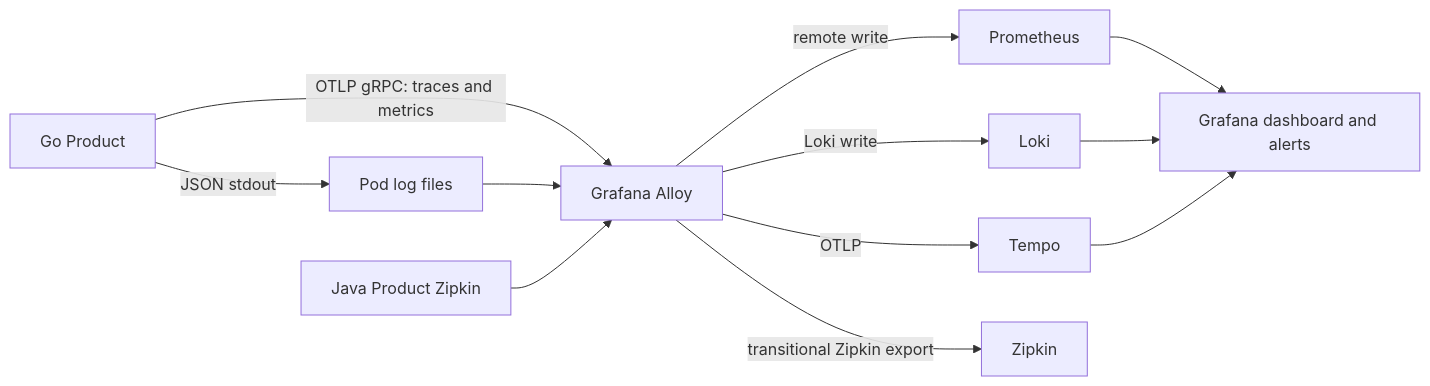
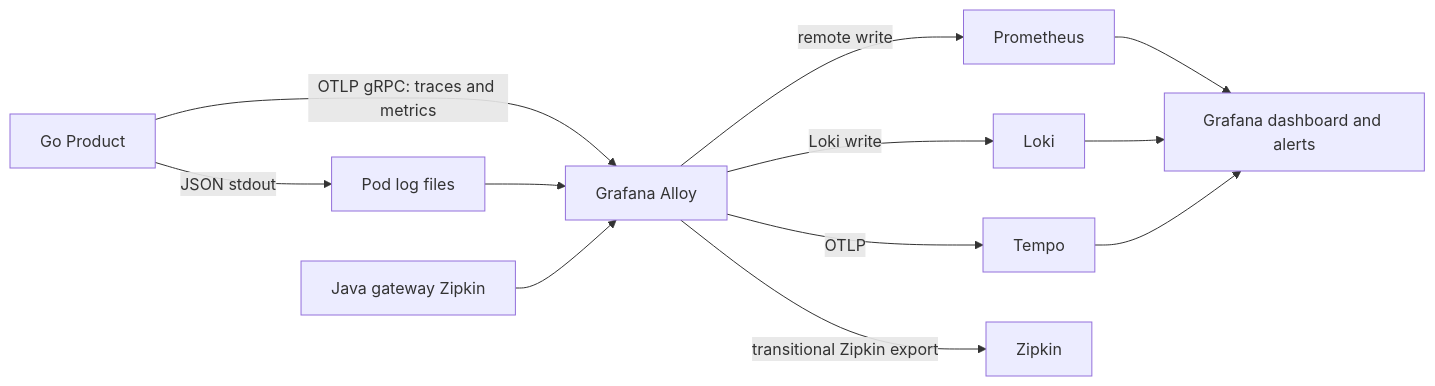
Before and after one commit to igor-baiborodine/insurance-hub: the diagram in docs/migration/phase-4/product-service/observability-runbook.md, drawn with Mermaid. The commit also changed other lines of this file, not shown here.

Commit message:
docs(product): [issue-285][step-7] align observability runbook

````diff
--- a/docs/migration/phase-4/product-service/observability-runbook.md
+++ b/docs/migration/phase-4/product-service/observability-runbook.md
@@ -40,14 +40,14 @@
 ```mermaid
 flowchart LR
     Product[Go Product] -->|OTLP gRPC: traces and metrics| Alloy[Grafana Alloy]
     Product -->|JSON stdout| PodLog[Pod log files]
     PodLog --> Alloy
-    Java[Java Product Zipkin] --> Alloy
+    Gateway[Java gateway Zipkin] --> Alloy
     Alloy -->|OTLP| Tempo[Tempo]
     Alloy -->|remote write| Prometheus[Prometheus]
     Alloy -->|Loki write| Loki[Loki]
     Alloy -->|transitional Zipkin export| Zipkin[Zipkin]
     Prometheus --> Grafana[Grafana dashboard and alerts]
     Loki --> Grafana
     Tempo --> Grafana
 ```
````
